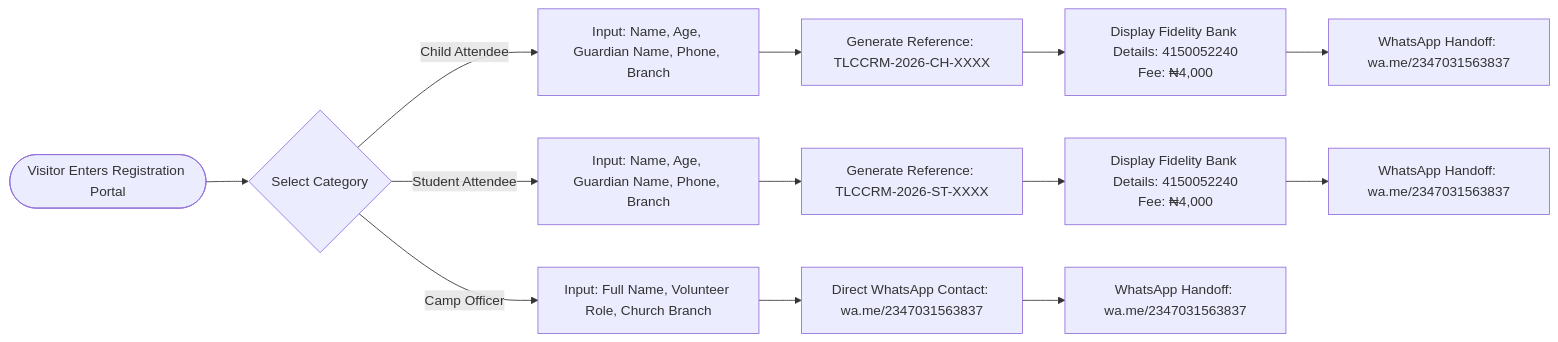
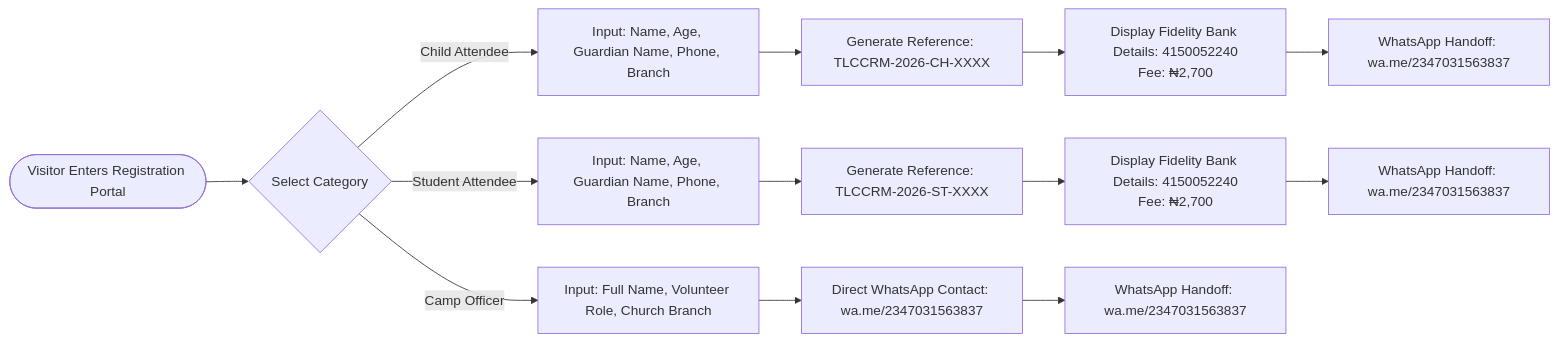
The second of 4 diagrams in README.md (joshuatochinwachi/tlccrm-children), drawn with Mermaid before and after one commit. The commit also changed other lines of this file and 5 other files, not shown here.

````diff
--- a/README.md
+++ b/README.md
@@ -233,19 +233,19 @@
 ```mermaid
 flowchart LR
     Start([Visitor Enters Registration Portal]) --> CatSelect{Select Category}
     
     CatSelect -->|Child Attendee| ChildForm["Input: Name, Age, Guardian Name, Phone, Branch"]
     CatSelect -->|Student Attendee| StudentForm["Input: Name, Age, Guardian Name, Phone, Branch"]
     CatSelect -->|Camp Officer| OfficerForm["Input: Full Name, Volunteer Role, Church Branch"]
 
     ChildForm --> GenRef1["Generate Reference: TLCCRM-2026-CH-XXXX"]
     StudentForm --> GenRef2["Generate Reference: TLCCRM-2026-ST-XXXX"]
     OfficerForm --> DirectWhatsApp["Direct WhatsApp Contact: wa.me/2347031563837"]
 
-    GenRef1 --> PayBank1["Display Fidelity Bank Details: 4150052240\nFee: ₦4,000"]
-    GenRef2 --> PayBank2["Display Fidelity Bank Details: 4150052240\nFee: ₦4,000"]
+    GenRef1 --> PayBank1["Display Fidelity Bank Details: 4150052240\nFee: ₦2,700"]
+    GenRef2 --> PayBank2["Display Fidelity Bank Details: 4150052240\nFee: ₦2,700"]
 
     PayBank1 --> Handoff1["WhatsApp Handoff: wa.me/2347031563837"]
     PayBank2 --> Handoff2["WhatsApp Handoff: wa.me/2347031563837"]
     DirectWhatsApp --> Handoff3["WhatsApp Handoff: wa.me/2347031563837"]
 ```
````
